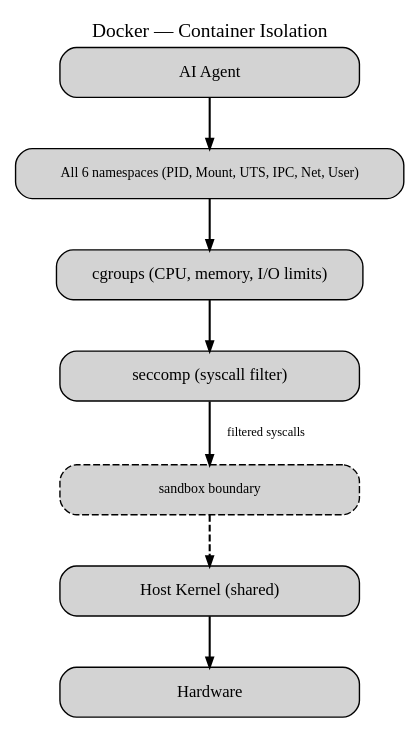
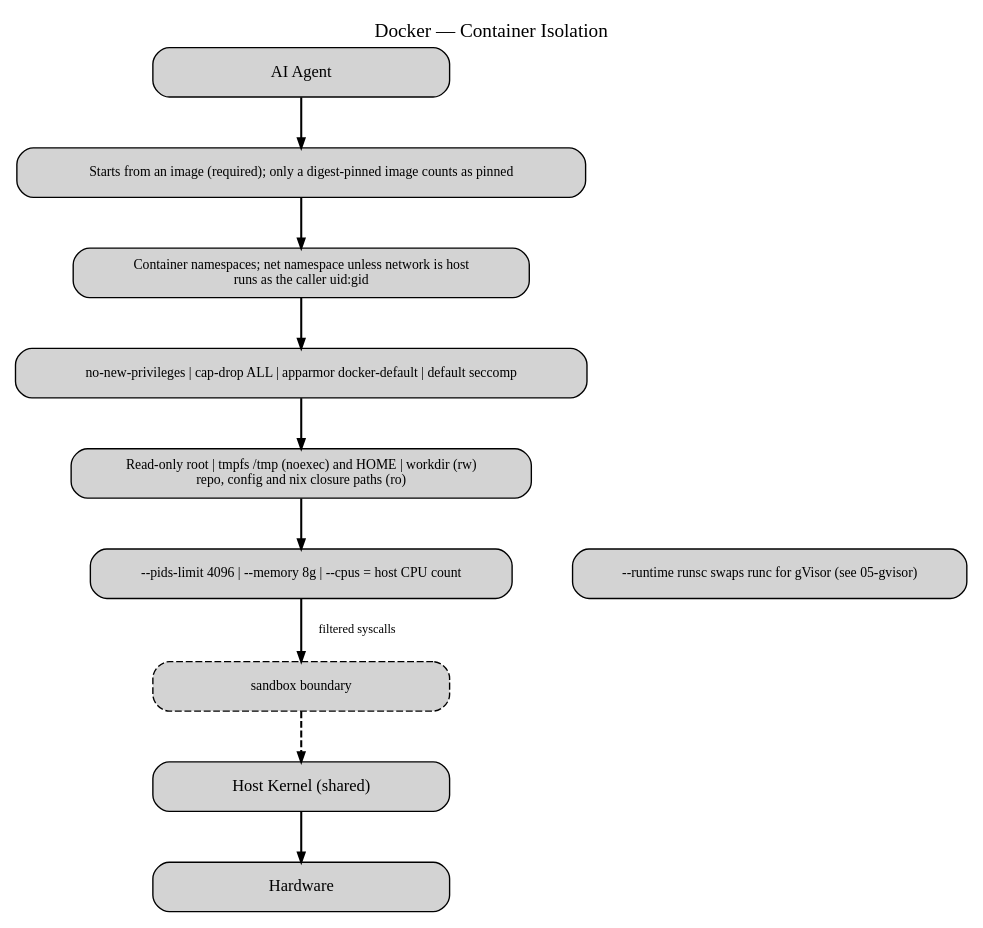
The diagram in packages/asset/asset-diagrams/03-docker.dot (xonovex/platform), drawn with Graphviz before and after one commit. The commit also changed 27 other files, not shown here.

Commit message:
docs(asset-diagrams): correct the sandbox diagrams against the code and add seatbelt, docker-sandboxes and openshell

```diff
--- a/packages/asset/asset-diagrams/03-docker.dot
+++ b/packages/asset/asset-diagrams/03-docker.dot
@@ -1,29 +1,37 @@
 digraph Docker {
   rankdir=TB;
   splines=false;
   nodesep=0.3;
   ranksep=0.5;
   margin=0.3;
 
   node [shape=box, style="rounded,filled", fontsize=12, width=3, height=0.5];
   edge [fontsize=9, penwidth=1.5, arrowsize=0.7];
 
   label="Docker — Container Isolation";
   labelloc=t;
   fontsize=14;
 
   agent [label="AI Agent", role="actor"];
-  ns [label="All 6 namespaces (PID, Mount, UTS, IPC, Net, User)", fontsize=10];
-  cgroups [label="cgroups (CPU, memory, I/O limits)"];
-  seccomp [label="seccomp (syscall filter)"];
+  image [label="Starts from an image (required); only a digest-pinned image counts as pinned", fontsize=10];
+  ns [label="Container namespaces; net namespace unless network is host\nruns as the caller uid:gid", fontsize=10];
+  hardening [label="no-new-privileges | cap-drop ALL | apparmor docker-default | default seccomp", fontsize=10];
+  fs [label="Read-only root | tmpfs /tmp (noexec) and HOME | workdir (rw)\nrepo, config and nix closure paths (ro)", fontsize=10];
+  limits [label="--pids-limit 4096 | --memory 8g | --cpus = host CPU count", fontsize=10];
+  runtime [label="--runtime runsc swaps runc for gVisor (see 05-gvisor)", role="note", fontsize=10];
   sb [label="sandbox boundary", role="risk", style="rounded,filled,dashed", fontsize=10];
   kernel [label="Host Kernel (shared)", role="strong"];
   hw [label="Hardware", role="panel"];
 
-  agent -> ns;
-  ns -> cgroups;
-  cgroups -> seccomp;
-  seccomp -> sb [label="  filtered syscalls"];
+  agent -> image;
+  image -> ns;
+  ns -> hardening;
+  hardening -> fs;
+  fs -> limits;
+  limits -> sb [label="  filtered syscalls"];
   sb -> kernel [role="risk", style=dashed];
   kernel -> hw;
+
+  { rank=same; limits; runtime; }
+  limits -> runtime [style=invis];
 }
```
